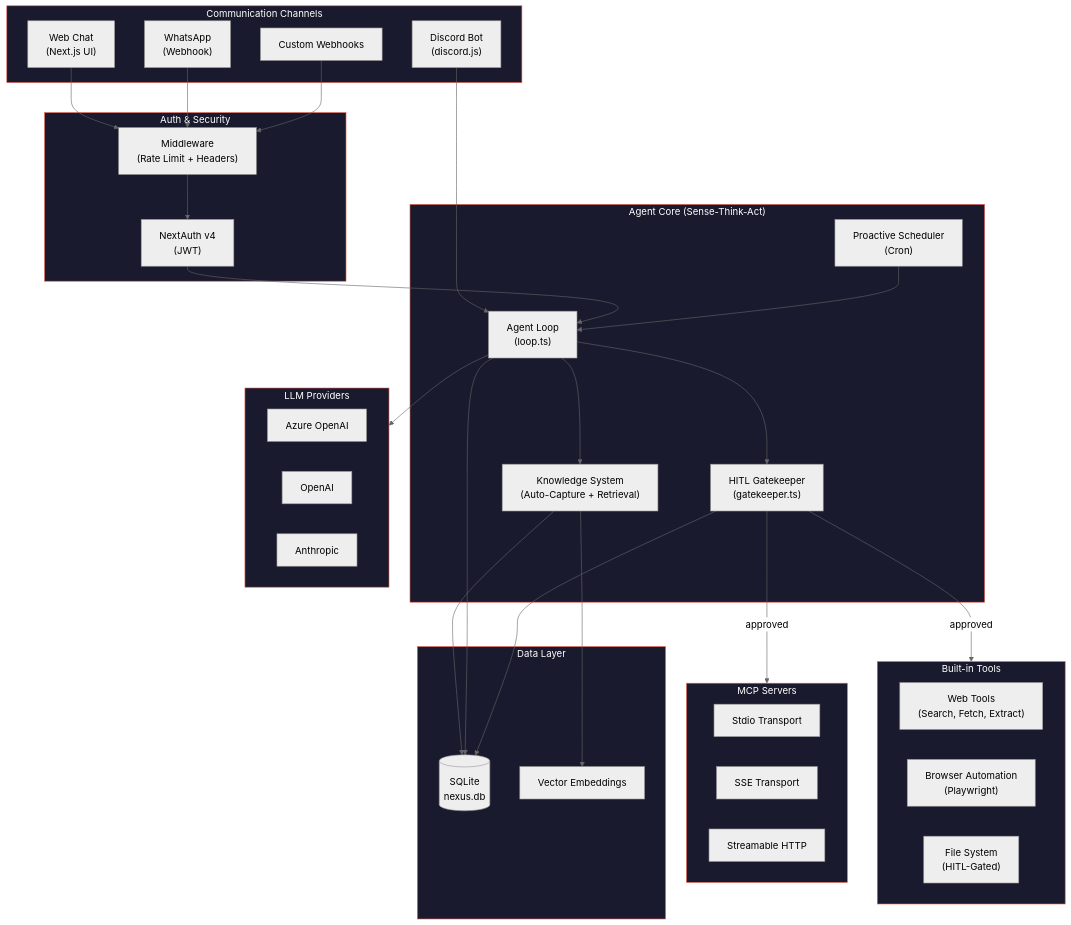
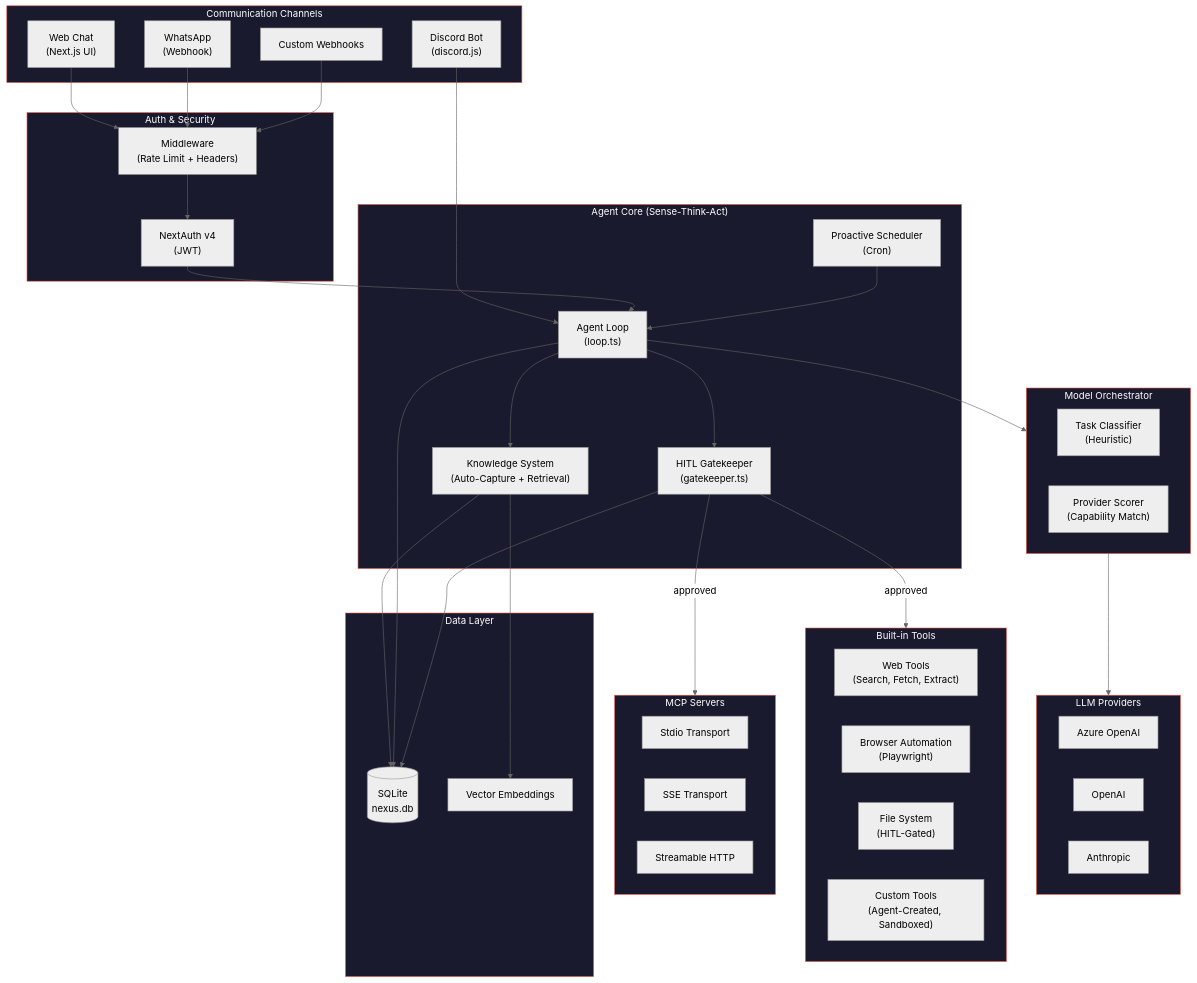
The diagram in docs/ARCHITECTURE.md (nazmolla/AiAssitant), drawn with Mermaid (neutral theme) before and after one commit. The commit also changed other lines of this file and 28 other files, not shown here.

First line of the commit message:
feat: model orchestrator, self-extending tools, inactive users by default

````diff
--- a/docs/ARCHITECTURE.md
+++ b/docs/ARCHITECTURE.md
@@ -9,69 +9,77 @@
 ```mermaid
 graph TB
     subgraph Channels["Communication Channels"]
         WEB["Web Chat<br/>(Next.js UI)"]
         DISCORD["Discord Bot<br/>(discord.js)"]
         WHATSAPP["WhatsApp<br/>(Webhook)"]
         WEBHOOK["Custom Webhooks"]
     end
 
     subgraph Core["Agent Core (Sense-Think-Act)"]
         LOOP["Agent Loop<br/>(loop.ts)"]
         GATE["HITL Gatekeeper<br/>(gatekeeper.ts)"]
         KNOW["Knowledge System<br/>(Auto-Capture + Retrieval)"]
         SCHED["Proactive Scheduler<br/>(Cron)"]
     end
 
     subgraph LLM["LLM Providers"]
         AZURE["Azure OpenAI"]
         OPENAI["OpenAI"]
         ANTHRO["Anthropic"]
     end
 
+    subgraph Orchestrator["Model Orchestrator"]
+        CLASSIFY["Task Classifier<br/>(Heuristic)"]
+        SCORE["Provider Scorer<br/>(Capability Match)"]
+    end
+
     subgraph Tools["Built-in Tools"]
         WEBT["Web Tools<br/>(Search, Fetch, Extract)"]
         BROWSER["Browser Automation<br/>(Playwright)"]
         FS["File System<br/>(HITL-Gated)"]
+        CUSTOM["Custom Tools<br/>(Agent-Created, Sandboxed)"]
     end
 
     subgraph MCP["MCP Servers"]
         STDIO["Stdio Transport"]
         SSE["SSE Transport"]
         HTTP["Streamable HTTP"]
     end
 
     subgraph Data["Data Layer"]
         DB[("SQLite<br/>nexus.db")]
         EMBED["Vector Embeddings"]
     end
 
     subgraph Auth["Auth & Security"]
         NEXTAUTH["NextAuth v4<br/>(JWT)"]
         MW["Middleware<br/>(Rate Limit + Headers)"]
     end
 
     WEB --> MW
     DISCORD --> LOOP
     WHATSAPP --> MW
     WEBHOOK --> MW
     MW --> NEXTAUTH
     NEXTAUTH --> LOOP
     LOOP --> GATE
     GATE -->|approved| Tools
     GATE -->|approved| MCP
-    LOOP --> LLM
+    LOOP --> Orchestrator
+    Orchestrator --> LLM
     LOOP --> KNOW
     KNOW --> EMBED
     KNOW --> DB
     SCHED --> LOOP
     LOOP --> DB
     GATE --> DB
 
     style Channels fill:#1a1a2e,stroke:#e8604c,color:#fff
     style Core fill:#1a1a2e,stroke:#e8604c,color:#fff
     style LLM fill:#1a1a2e,stroke:#e8604c,color:#fff
     style Tools fill:#1a1a2e,stroke:#e8604c,color:#fff
     style MCP fill:#1a1a2e,stroke:#e8604c,color:#fff
     style Data fill:#1a1a2e,stroke:#e8604c,color:#fff
+    style Orchestrator fill:#1a1a2e,stroke:#e8604c,color:#fff
     style Auth fill:#1a1a2e,stroke:#e8604c,color:#fff
 ```
````
